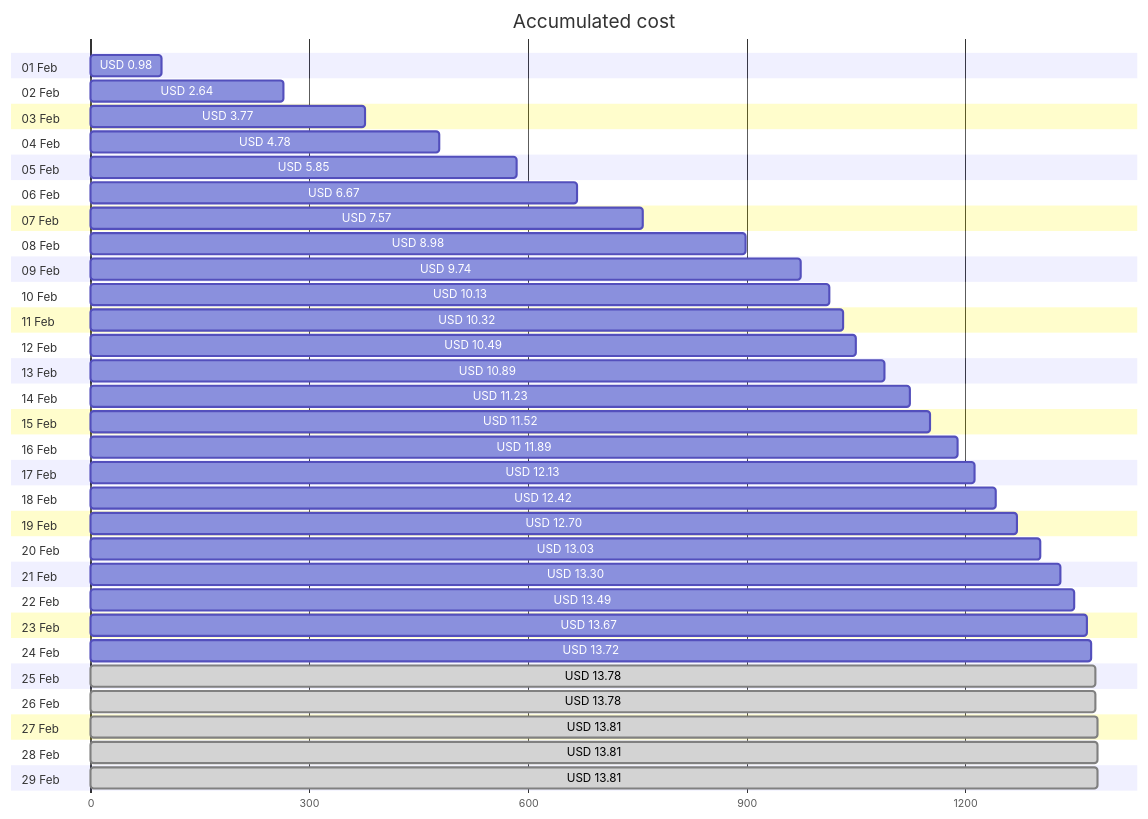
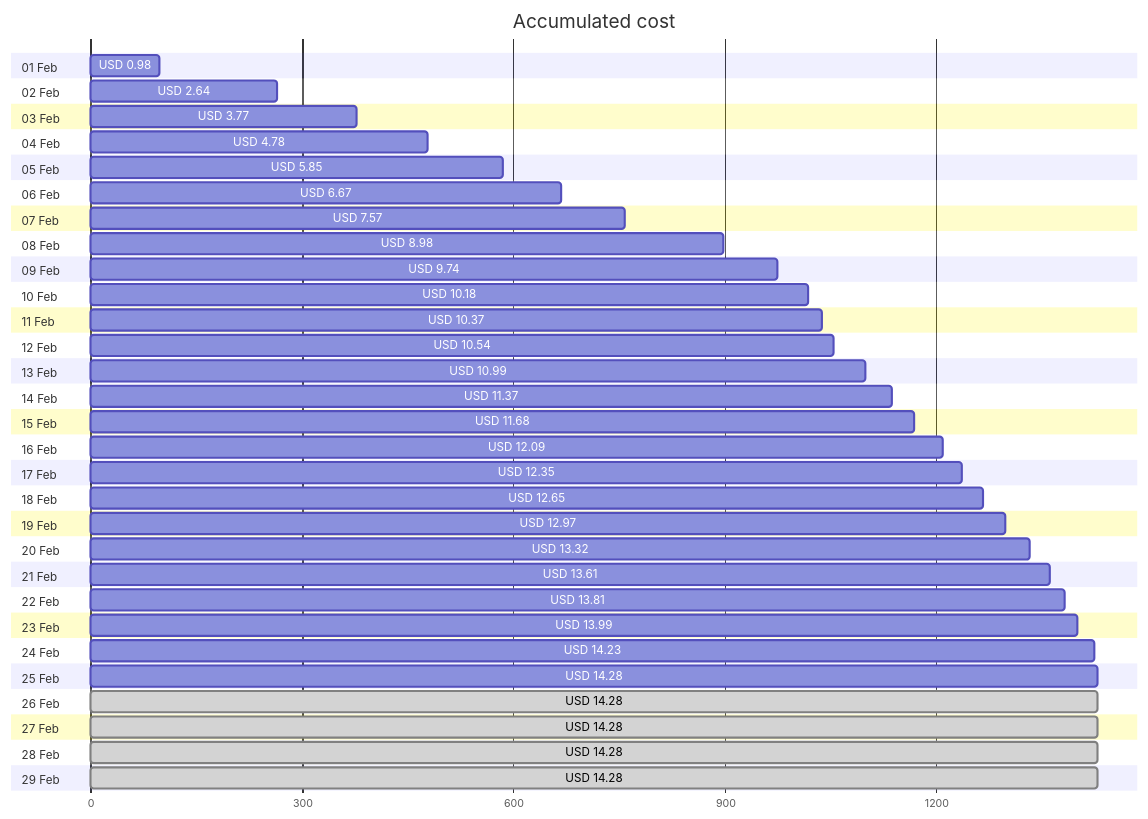
Before and after one commit to jpfulton/azure-personal-reports: the first of 4 diagrams in cost-reports/personal-network/vpn-server.md, drawn with Mermaid. The commit also changed other lines of this file and 8 other files, not shown here.

````diff
--- a/cost-reports/personal-network/vpn-server.md
+++ b/cost-reports/personal-network/vpn-server.md
@@ -20,64 +20,64 @@
 ```mermaid
 gantt
    title Accumulated cost
    dateFormat  X
    axisFormat %s
    section 01 Feb
    USD 0.98 :0, 98
    section 02 Feb
    USD 2.64 :0, 264
    section 03 Feb
    USD 3.77 :0, 377
    section 04 Feb
    USD 4.78 :0, 478
    section 05 Feb
    USD 5.85 :0, 585
    section 06 Feb
    USD 6.67 :0, 667
    section 07 Feb
    USD 7.57 :0, 757
    section 08 Feb
    USD 8.98 :0, 898
    section 09 Feb
    USD 9.74 :0, 974
    section 10 Feb
-   USD 10.13 :0, 1013
+   USD 10.18 :0, 1018
    section 11 Feb
-   USD 10.32 :0, 1032
+   USD 10.37 :0, 1037
    section 12 Feb
-   USD 10.49 :0, 1049
+   USD 10.54 :0, 1054
    section 13 Feb
-   USD 10.89 :0, 1089
+   USD 10.99 :0, 1099
    section 14 Feb
-   USD 11.23 :0, 1123
+   USD 11.37 :0, 1137
    section 15 Feb
-   USD 11.52 :0, 1152
+   USD 11.68 :0, 1168
    section 16 Feb
-   USD 11.89 :0, 1189
+   USD 12.09 :0, 1209
    section 17 Feb
-   USD 12.13 :0, 1213
+   USD 12.35 :0, 1235
    section 18 Feb
-   USD 12.42 :0, 1242
+   USD 12.65 :0, 1265
    section 19 Feb
-   USD 12.70 :0, 1270
+   USD 12.97 :0, 1297
    section 20 Feb
-   USD 13.03 :0, 1303
+   USD 13.32 :0, 1332
    section 21 Feb
-   USD 13.30 :0, 1330
+   USD 13.61 :0, 1361
    section 22 Feb
-   USD 13.49 :0, 1349
+   USD 13.81 :0, 1381
    section 23 Feb
-   USD 13.67 :0, 1367
+   USD 13.99 :0, 1399
    section 24 Feb
-   USD 13.72 :0, 1372
+   USD 14.23 :0, 1423
    section 25 Feb
-   USD 13.78 : done, 0, 1378
+   USD 14.28 :0, 1428
    section 26 Feb
-   USD 13.78 : done, 0, 1378
+   USD 14.28 : done, 0, 1428
    section 27 Feb
-   USD 13.81 : done, 0, 1381
+   USD 14.28 : done, 0, 1428
    section 28 Feb
-   USD 13.81 : done, 0, 1381
+   USD 14.28 : done, 0, 1428
    section 29 Feb
-   USD 13.81 : done, 0, 1381
+   USD 14.28 : done, 0, 1428
 ```
````
